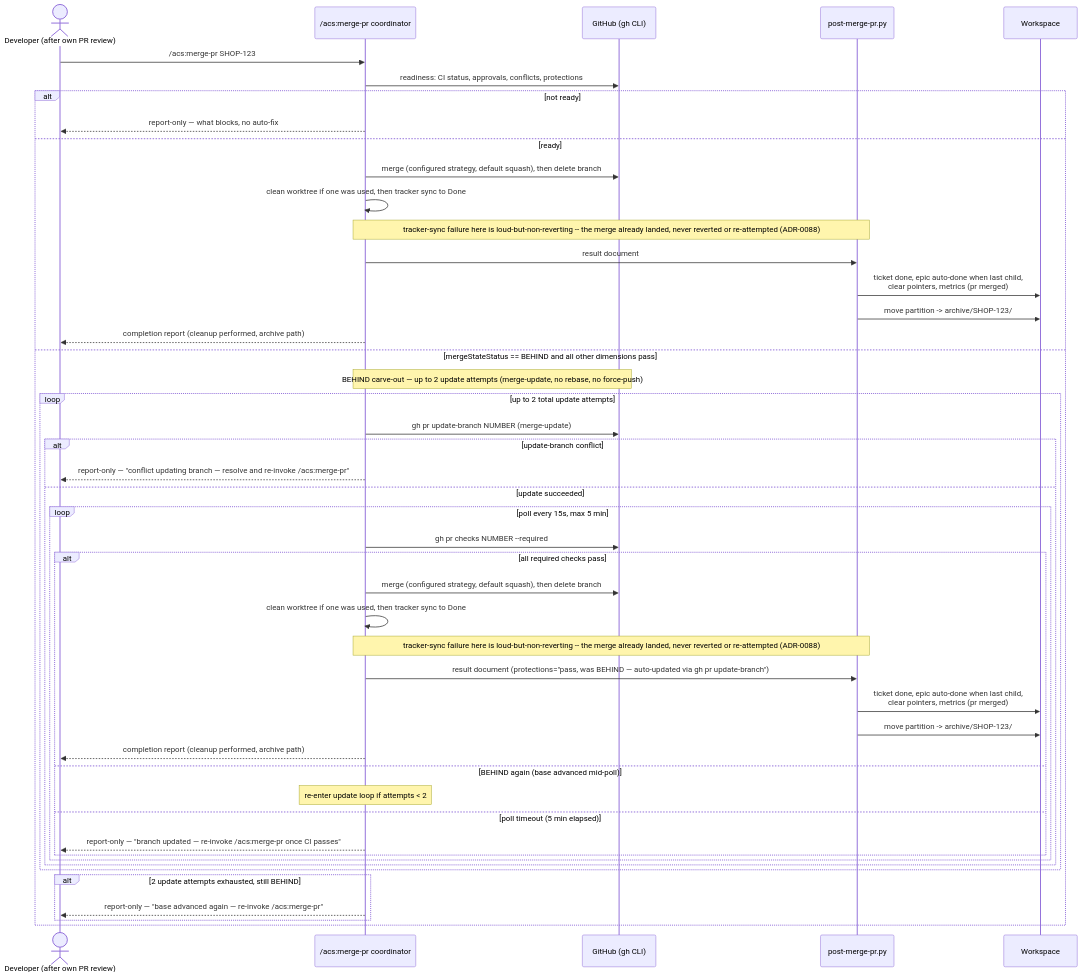
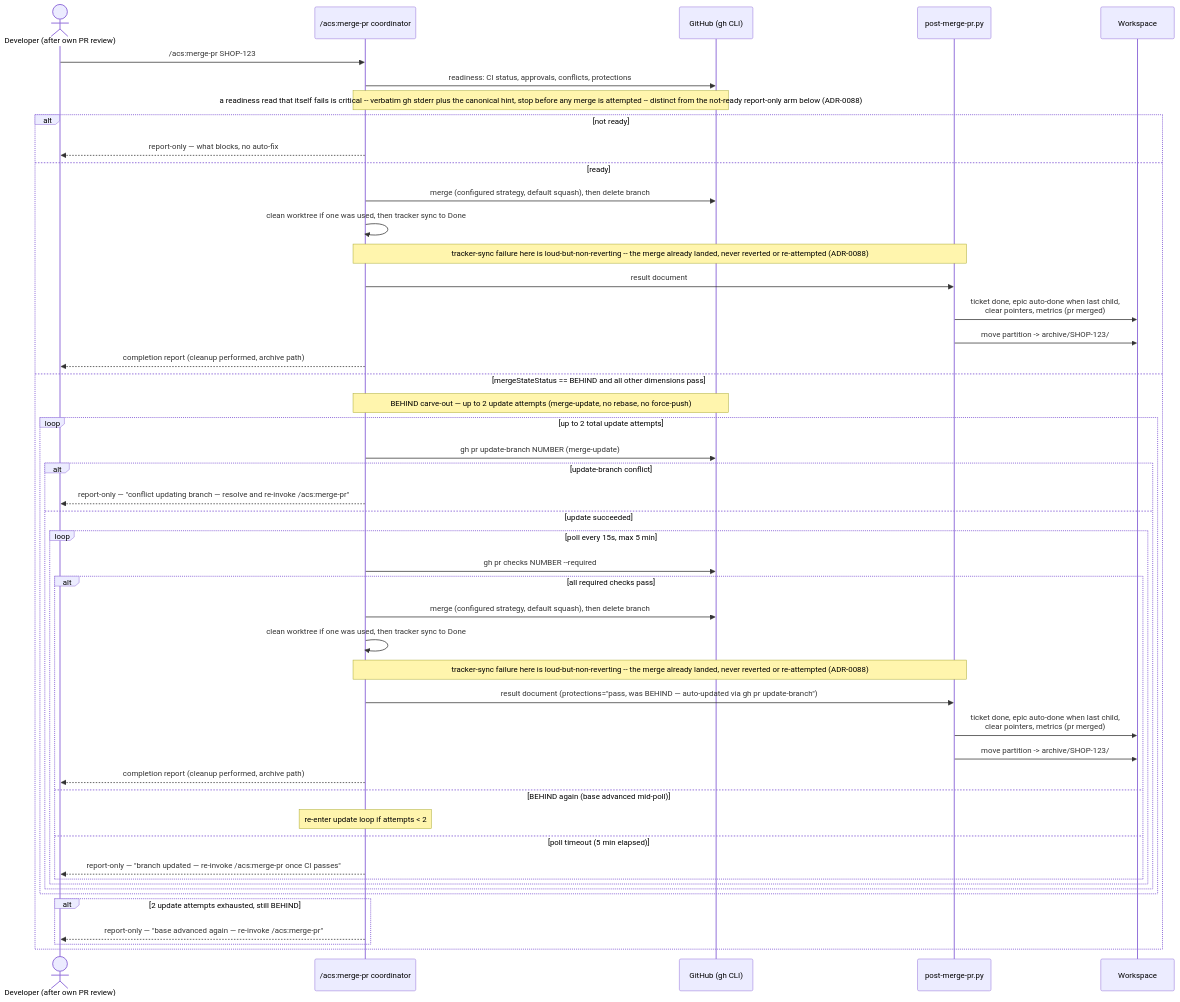
The second of 2 diagrams in docs/architecture/lld/flows/ticket-lifecycle.md (globalmindsolution/gms-marketplace), drawn with Mermaid before and after one commit. The commit also changed 1 other file, not shown here.

Commit message:
MAR-403 sync living requirements and merge sequence for gh call criticality
Add the /merge-pr standing-behavior bullet (skills.md) distinguishing an
unevaluable readiness read (critical, stop before any merge) from a
failing readiness dimension (report-only, unchanged), and stating the
post-merge tracker sync's loud-but-non-reverting rule. Add the matching
readiness-read-fails note to ticket-lifecycle.md's merge sequence
diagram, distinct from the existing not-ready report-only arm.

Claude-Session: https://claude.ai/code/session_01L13Q25BnU5rWxvD6Hcpptb

````diff
--- a/docs/architecture/lld/flows/ticket-lifecycle.md
+++ b/docs/architecture/lld/flows/ticket-lifecycle.md
@@ -23,50 +23,51 @@
 ```mermaid
 sequenceDiagram
     actor Dev as Developer (after own PR review)
     participant CO as /acs:merge-pr coordinator
     participant GH as GitHub (gh CLI)
     participant POST as post-merge-pr.py
     participant WS as Workspace
 
     Dev->>CO: /acs:merge-pr SHOP-123
     CO->>GH: readiness: CI status, approvals, conflicts, protections
+    note over CO,GH: a readiness read that itself fails is critical -- verbatim gh stderr plus the canonical hint, stop before any merge is attempted -- distinct from the not-ready report-only arm below (ADR-0088)
     alt not ready
         CO-->>Dev: report-only — what blocks, no auto-fix
     else ready
         CO->>GH: merge (configured strategy, default squash), then delete branch
         CO->>CO: clean worktree if one was used, then tracker sync to Done
         note over CO,POST: tracker-sync failure here is loud-but-non-reverting -- the merge already landed, never reverted or re-attempted (ADR-0088)
         CO->>POST: result document
         POST->>WS: ticket done, epic auto-done when last child,<br/>clear pointers, metrics (pr merged)
         POST->>WS: move partition -> archive/SHOP-123/
         CO-->>Dev: completion report (cleanup performed, archive path)
     else mergeStateStatus == BEHIND and all other dimensions pass
         note over CO,GH: BEHIND carve-out — up to 2 update attempts (merge-update, no rebase, no force-push)
         loop up to 2 total update attempts
             CO->>GH: gh pr update-branch NUMBER (merge-update)
             alt update-branch conflict
                 CO-->>Dev: report-only — "conflict updating branch — resolve and re-invoke /acs:merge-pr"
             else update succeeded
                 loop poll every 15s, max 5 min
                     CO->>GH: gh pr checks NUMBER --required
                     alt all required checks pass
                         CO->>GH: merge (configured strategy, default squash), then delete branch
                         CO->>CO: clean worktree if one was used, then tracker sync to Done
                         note over CO,POST: tracker-sync failure here is loud-but-non-reverting -- the merge already landed, never reverted or re-attempted (ADR-0088)
                         CO->>POST: result document (protections="pass, was BEHIND — auto-updated via gh pr update-branch")
                         POST->>WS: ticket done, epic auto-done when last child,<br/>clear pointers, metrics (pr merged)
                         POST->>WS: move partition -> archive/SHOP-123/
                         CO-->>Dev: completion report (cleanup performed, archive path)
                     else BEHIND again (base advanced mid-poll)
                         note over CO: re-enter update loop if attempts < 2
                     else poll timeout (5 min elapsed)
                         CO-->>Dev: report-only — "branch updated — re-invoke /acs:merge-pr once CI passes"
                     end
                 end
             end
         end
         alt 2 update attempts exhausted, still BEHIND
             CO-->>Dev: report-only — "base advanced again — re-invoke /acs:merge-pr"
         end
     end
 ```
````
